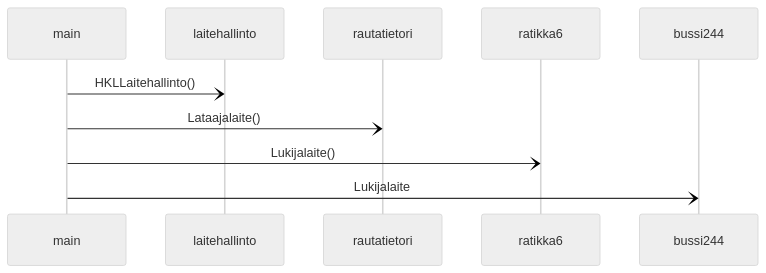
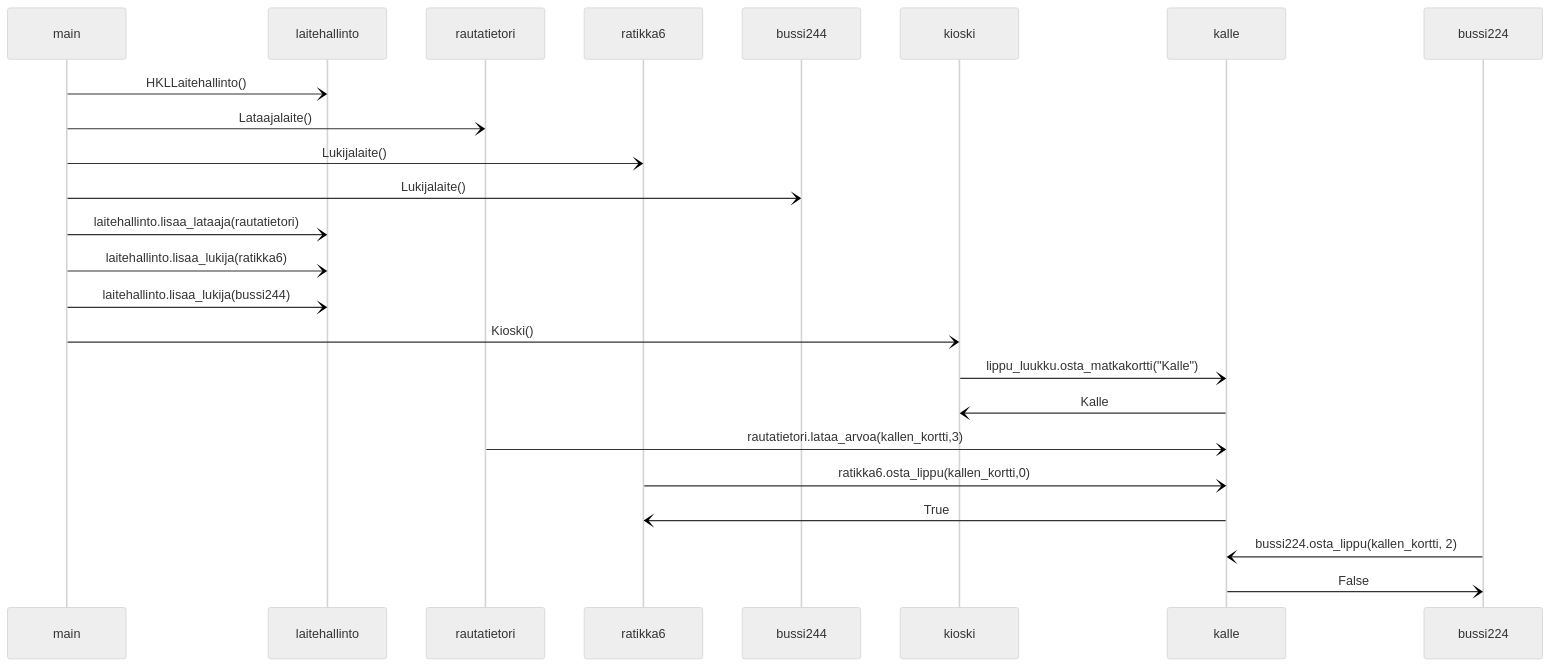
Before and after one commit to Aaltonenn/ot-harjoitustyo: the diagram in laskarit/viikko3/hkl.md, drawn with Mermaid (neutral theme).

````diff
--- a/laskarit/viikko3/hkl.md
+++ b/laskarit/viikko3/hkl.md
@@ -2,7 +2,23 @@
 ```mermaid
 sequenceDiagram
     main-)laitehallinto: HKLLaitehallinto()
     main-)rautatietori: Lataajalaite()
     main-)ratikka6: Lukijalaite()
-    main-)bussi244: Lukijalaite
+    main-)bussi244: Lukijalaite()
+    
+    main-)laitehallinto: laitehallinto.lisaa_lataaja(rautatietori)
+    main-)laitehallinto: laitehallinto.lisaa_lukija(ratikka6)
+    main-)laitehallinto: laitehallinto.lisaa_lukija(bussi244)
+    
+    main-)kioski: Kioski()
+    kioski-)kalle: lippu_luukku.osta_matkakortti("Kalle")
+    kalle-)kioski: Kalle
+    
+    rautatietori-)kalle: rautatietori.lataa_arvoa(kallen_kortti,3)
+    
+    ratikka6-)kalle: ratikka6.osta_lippu(kallen_kortti,0)
+    kalle-)ratikka6: True
+    
+    bussi224-)kalle: bussi224.osta_lippu(kallen_kortti, 2)
+    kalle-)bussi224: False
 ```
````
